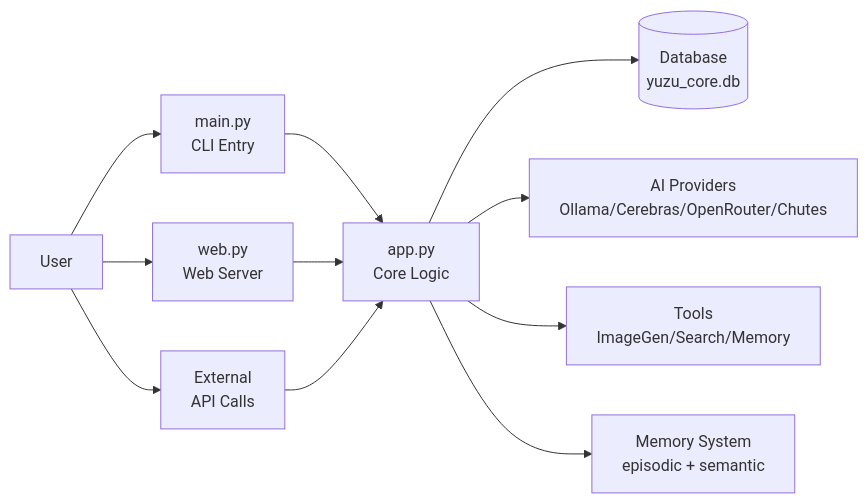
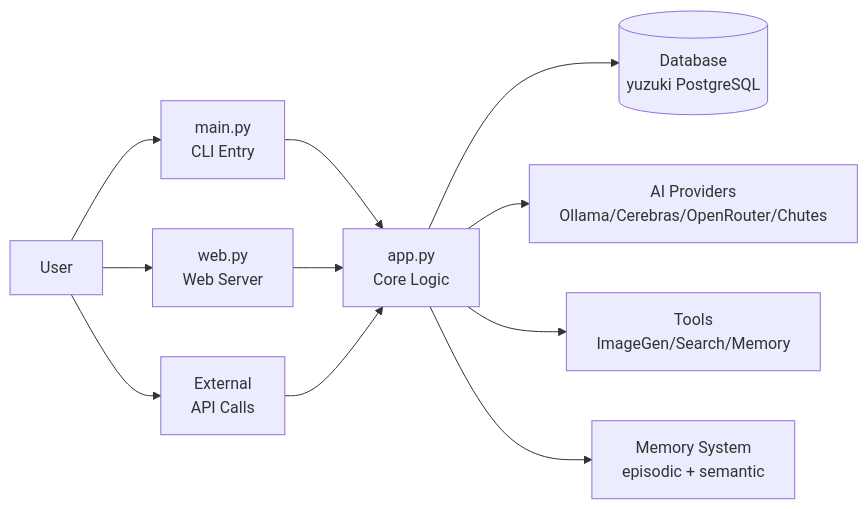
The first of 9 diagrams in app/README.md (icedeyes12/yuzu-core), drawn with Mermaid before and after one commit. The commit also changed other lines of this file and 24 other files, not shown here.

Commit message:
chore: final cleanup and documentation consolidation for PostgreSQL migration

````diff
--- a/app/README.md
+++ b/app/README.md
@@ -41,15 +41,15 @@
 ```mermaid
 graph LR
     A[User] --> B[main.py<br/>CLI Entry]
     A --> C[web.py<br/>Web Server]
     A --> D[External<br/>API Calls]
     
     B --> E[app.py<br/>Core Logic]
     C --> E
     D --> E
     
-    E --> F[(Database<br/>yuzu_core.db)]
+    E --> F[(Database<br/>yuzuki PostgreSQL)]
     E --> G[AI Providers<br/>Ollama/Cerebras/OpenRouter/Chutes]
     E --> H[Tools<br/>ImageGen/Search/Memory]
     E --> I[Memory System<br/>episodic + semantic]
 ```
````
